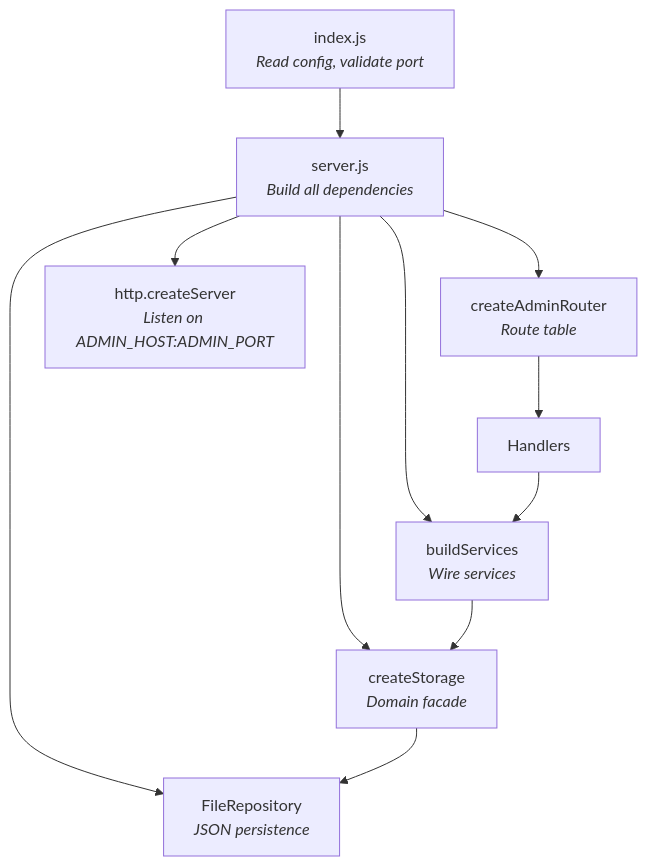
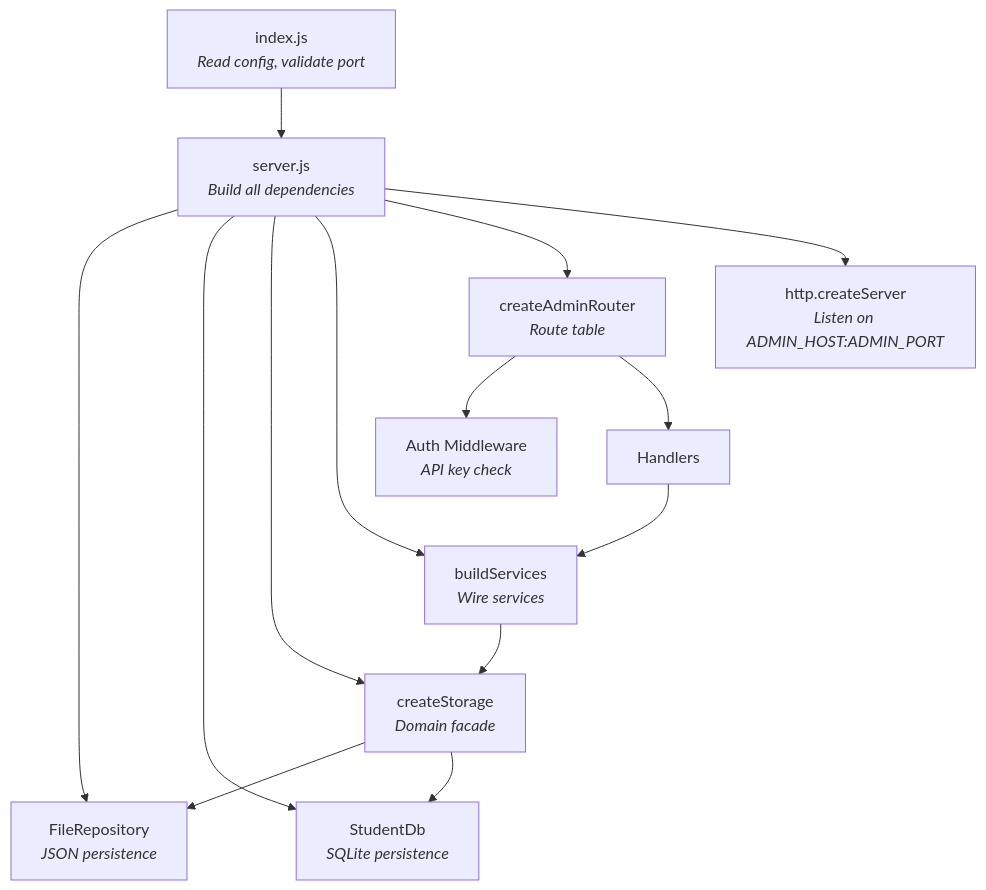
Before and after one commit to fergouchyahya/IDS: the second of 8 diagrams in docs/architecture/admin.md, drawn with Mermaid. The commit also changed other lines of this file and 42 other files, not shown here.

````diff
--- a/docs/architecture/admin.md
+++ b/docs/architecture/admin.md
@@ -86,16 +88,19 @@
 ```mermaid
 flowchart TD
     A[index.js<br/><i>Read config, validate port</i>] --> B[server.js<br/><i>Build all dependencies</i>]
 
     B --> C[FileRepository<br/><i>JSON persistence</i>]
+    B --> SDB[StudentDb<br/><i>SQLite persistence</i>]
     B --> D[createStorage<br/><i>Domain facade</i>]
     B --> E[buildServices<br/><i>Wire services</i>]
     B --> F[createAdminRouter<br/><i>Route table</i>]
 
     D --> C
+    D --> SDB
     E --> D
+    F --> AUTH[Auth Middleware<br/><i>API key check</i>]
     F --> G[Handlers]
     G --> E
 
     B --> H[http.createServer<br/><i>Listen on ADMIN_HOST:ADMIN_PORT</i>]
 ```
````
